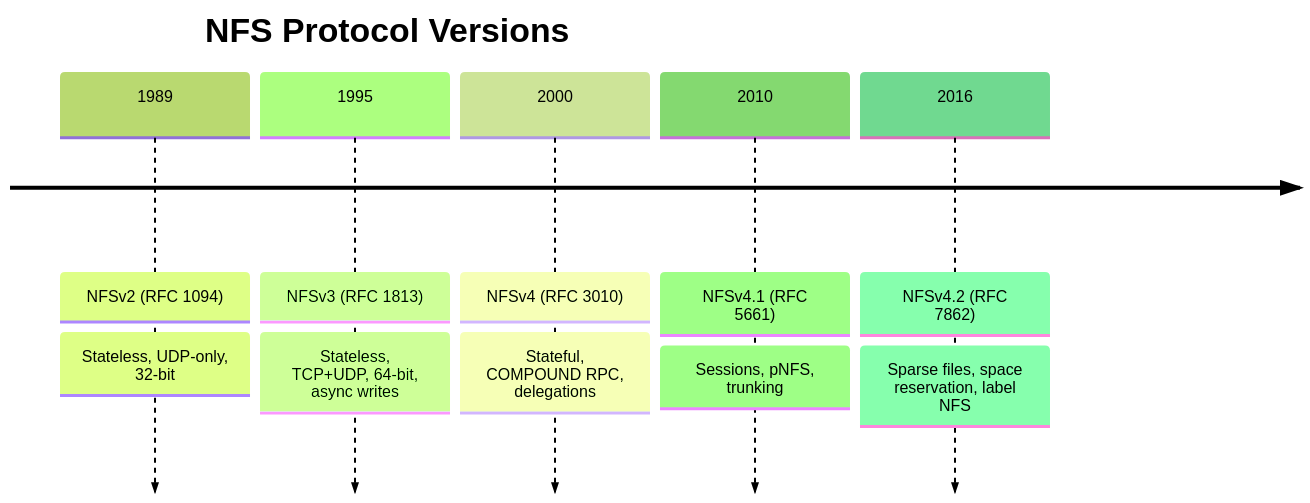
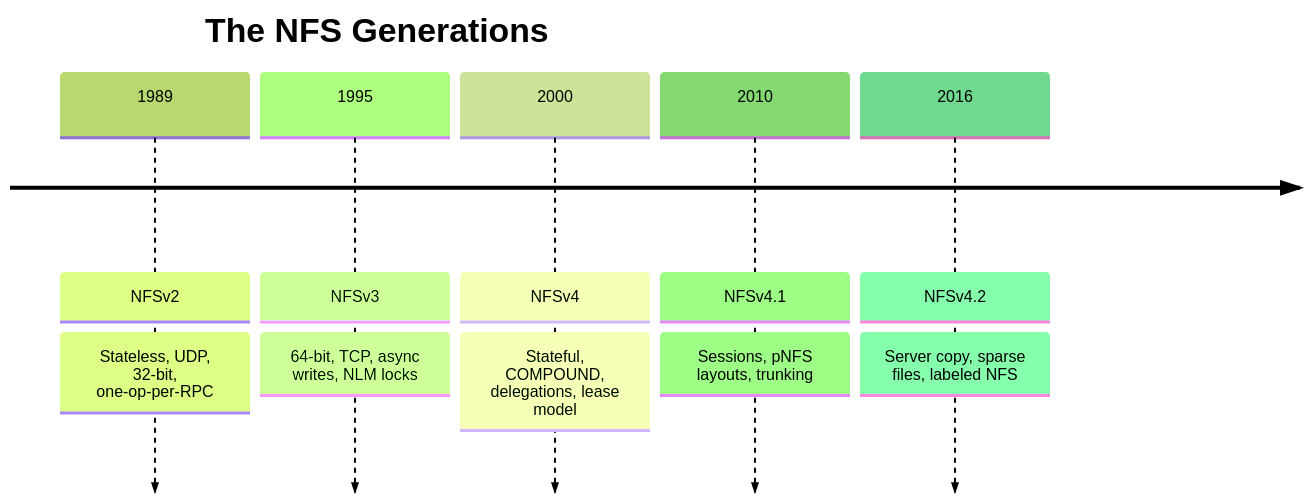
Before and after one commit to darrenstarr/dnfs: the diagram in docs/nfs-ebook/ch01-evolution.md, drawn with Mermaid (forest theme). The commit also changed other lines of this file and 9 other files, not shown here.

````diff
--- a/docs/nfs-ebook/ch01-evolution.md
+++ b/docs/nfs-ebook/ch01-evolution.md
@@ -7,9 +158,9 @@
 ```mermaid
 timeline
-    title NFS Protocol Versions
-    1989 : NFSv2 (RFC 1094) : Stateless, UDP-only, 32-bit
-    1995 : NFSv3 (RFC 1813) : Stateless, TCP+UDP, 64-bit, async writes
-    2000 : NFSv4 (RFC 3010) : Stateful, COMPOUND RPC, delegations
-    2010 : NFSv4.1 (RFC 5661) : Sessions, pNFS, trunking
-    2016 : NFSv4.2 (RFC 7862) : Sparse files, space reservation, label NFS
+    title The NFS Generations
+    1989 : NFSv2 : Stateless, UDP, 32-bit, one-op-per-RPC
+    1995 : NFSv3 : 64-bit, TCP, async writes, NLM locks
+    2000 : NFSv4 : Stateful, COMPOUND, delegations, lease model
+    2010 : NFSv4.1 : Sessions, pNFS layouts, trunking
+    2016 : NFSv4.2 : Server copy, sparse files, labeled NFS
 ```
````
